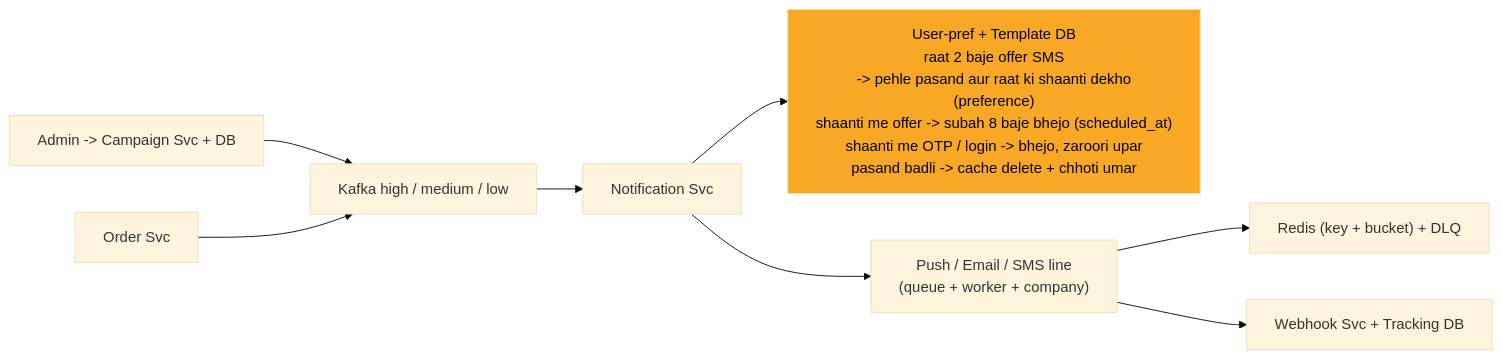
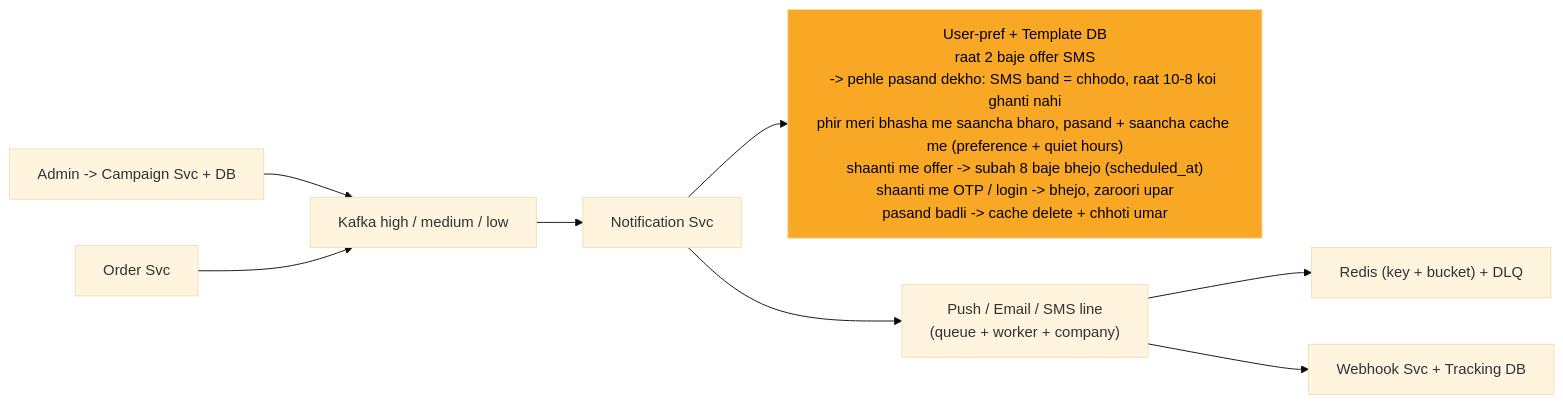
Diagram 12 of 13 in 04_HLD/SYSTEM_DESIGNS/04_notification_system/04_notification_system.md (ArpanMaheshwari144/Prep), drawn with Mermaid (base theme) before and after one commit. The commit also changed other lines of this file and 13 other files, not shown here.

````diff
--- a/04_HLD/SYSTEM_DESIGNS/04_notification_system/04_notification_system.md
+++ b/04_HLD/SYSTEM_DESIGNS/04_notification_system/04_notification_system.md
@@ -482,20 +486,20 @@
 ```mermaid
 %%{init: {"flowchart": {"wrappingWidth": 450}}}%%
 flowchart LR
     n_CAMP["Admin -> Campaign Svc + DB"]
     n_Order_Svc["Order Svc"]
     n_Kafka["Kafka high / medium / low"]
     n_Notification_Svc["Notification Svc"]
-    n_PREF["User-pref + Template DB<br/>raat 2 baje offer SMS<br/>-> pehle pasand aur raat ki shaanti dekho<br/>(preference)<br/>shaanti me offer -> subah 8 baje bhejo (scheduled_at)<br/>shaanti me OTP / login -> bhejo, zaroori upar<br/>pasand badli -> cache delete + chhoti umar"]
+    n_PREF["User-pref + Template DB<br/>raat 2 baje offer SMS<br/>-> pehle pasand dekho: SMS band = chhodo, raat 10-8 koi ghanti nahi<br/>phir meri bhasha me saancha bharo, pasand + saancha cache me (preference + quiet hours)<br/>shaanti me offer -> subah 8 baje bhejo (scheduled_at)<br/>shaanti me OTP / login -> bhejo, zaroori upar<br/>pasand badli -> cache delete + chhoti umar"]
     n_LINES["Push / Email / SMS line<br/>(queue + worker + company)"]
     n_RDLQ["Redis (key + bucket) + DLQ"]
     n_WH["Webhook Svc + Tracking DB"]
     n_CAMP --> n_Kafka
     n_Order_Svc --> n_Kafka
     n_Kafka --> n_Notification_Svc
     n_Notification_Svc --> n_PREF
     n_Notification_Svc --> n_LINES
     n_LINES --> n_RDLQ
     n_LINES --> n_WH
     style n_PREF fill:#f9a825,color:#000
 ```
````
